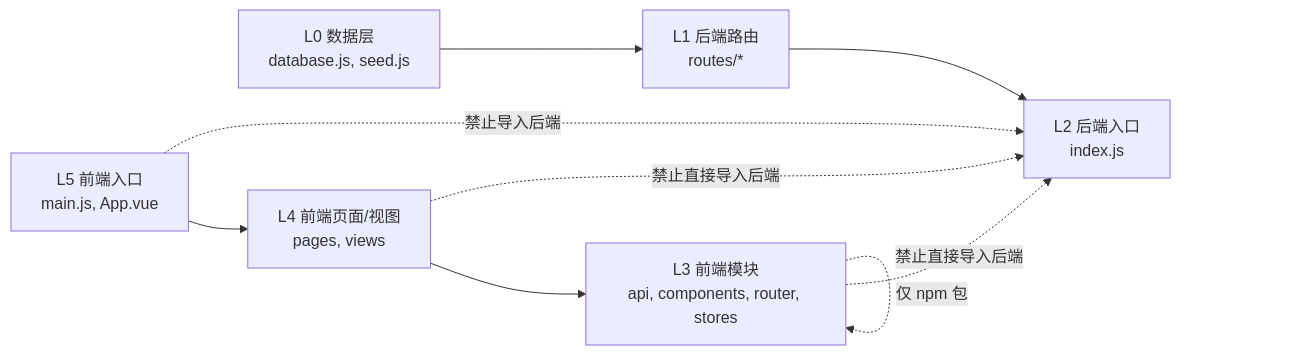
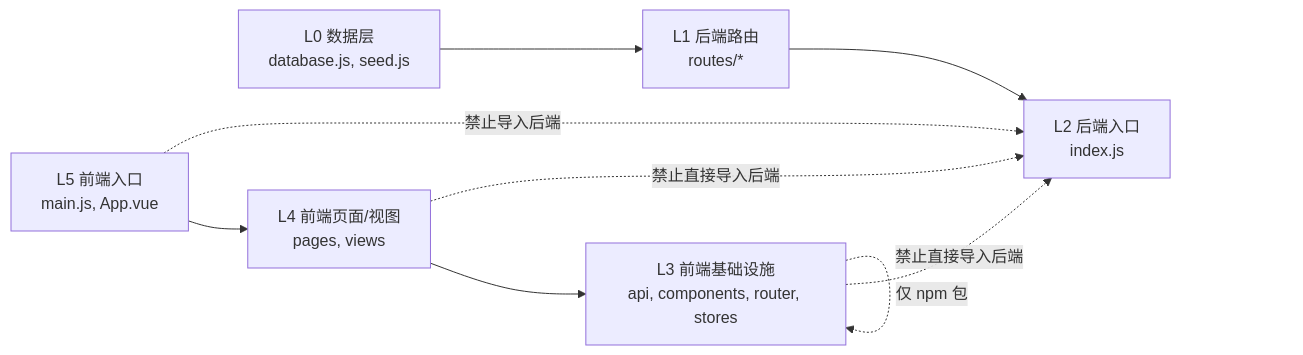
One commit to dawny123123/StarParadise changed the sixth of 9 diagrams in .qoder/repowiki/zh/content/系统架构设计/系统架构设计.md. Above: the diagram before and after it, drawn with Mermaid. The commit also changed other lines of this file and 229 other files, not shown here.

````diff
--- a/.qoder/repowiki/zh/content/系统架构设计/系统架构设计.md
+++ b/.qoder/repowiki/zh/content/系统架构设计/系统架构设计.md
@@ -231,11 +256,11 @@
 ```mermaid
 graph LR
 L0["L0 数据层<br/>database.js, seed.js"] --> L1["L1 后端路由<br/>routes/*"]
 L1 --> L2["L2 后端入口<br/>index.js"]
-L3["L3 前端模块<br/>api, components, router, stores"] -.->|"仅 npm 包"| L3
+L3["L3 前端基础设施<br/>api, components, router, stores"] -.->|"仅 npm 包"| L3
 L4["L4 前端页面/视图<br/>pages, views"] --> L3
 L5["L5 前端入口<br/>main.js, App.vue"] --> L4
 L3 -.->|"禁止直接导入后端"| L2
 L4 -.->|"禁止直接导入后端"| L2
 L5 -.->|"禁止导入后端"| L2
 ```
````
